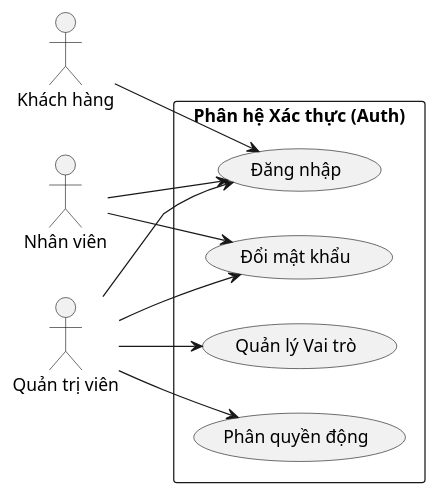
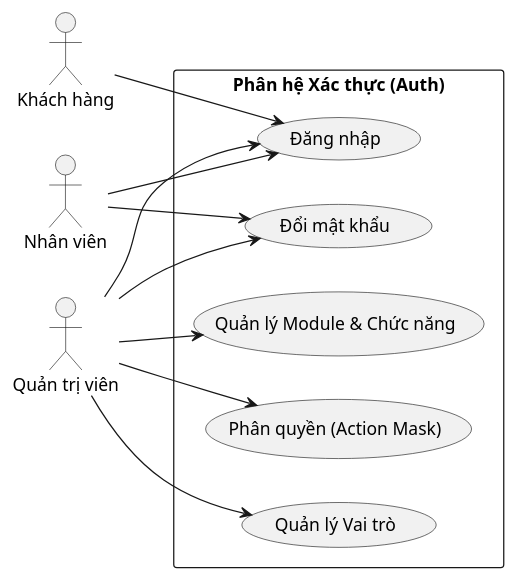
Before and after one commit to GinNgo/He-thong-quan-ly-khach-san: the first of 11 diagrams in docs/UML.md, drawn with PlantUML. The commit also changed other lines of this file and 37 other files, not shown here.

````diff
--- a/docs/UML.md
+++ b/docs/UML.md
@@ -12,25 +12,27 @@
 ```plantuml
 @startuml
 left to right direction
 skinparam packageStyle rectangle
 
 actor "Khách hàng" as Guest
 actor "Nhân viên" as Staff
 actor "Quản trị viên" as Admin
 
 rectangle "Phân hệ Xác thực (Auth)" {
   usecase "Đăng nhập" as UC1
   usecase "Đổi mật khẩu" as UC2
   usecase "Quản lý Vai trò" as UC3
-  usecase "Phân quyền động" as UC4
+  usecase "Quản lý Module & Chức năng" as UC4
+  usecase "Phân quyền (Action Mask)" as UC5
 }
 
 Guest --> UC1
 Staff --> UC1
 Staff --> UC2
 Admin --> UC1
 Admin --> UC2
 Admin --> UC3
 Admin --> UC4
+Admin --> UC5
 @enduml
 ```
````
